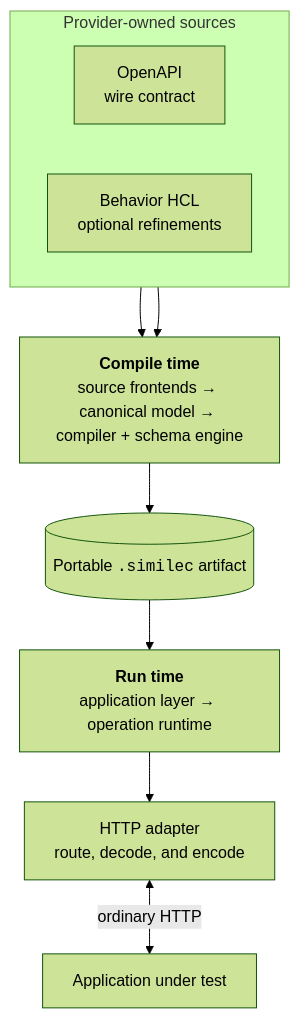
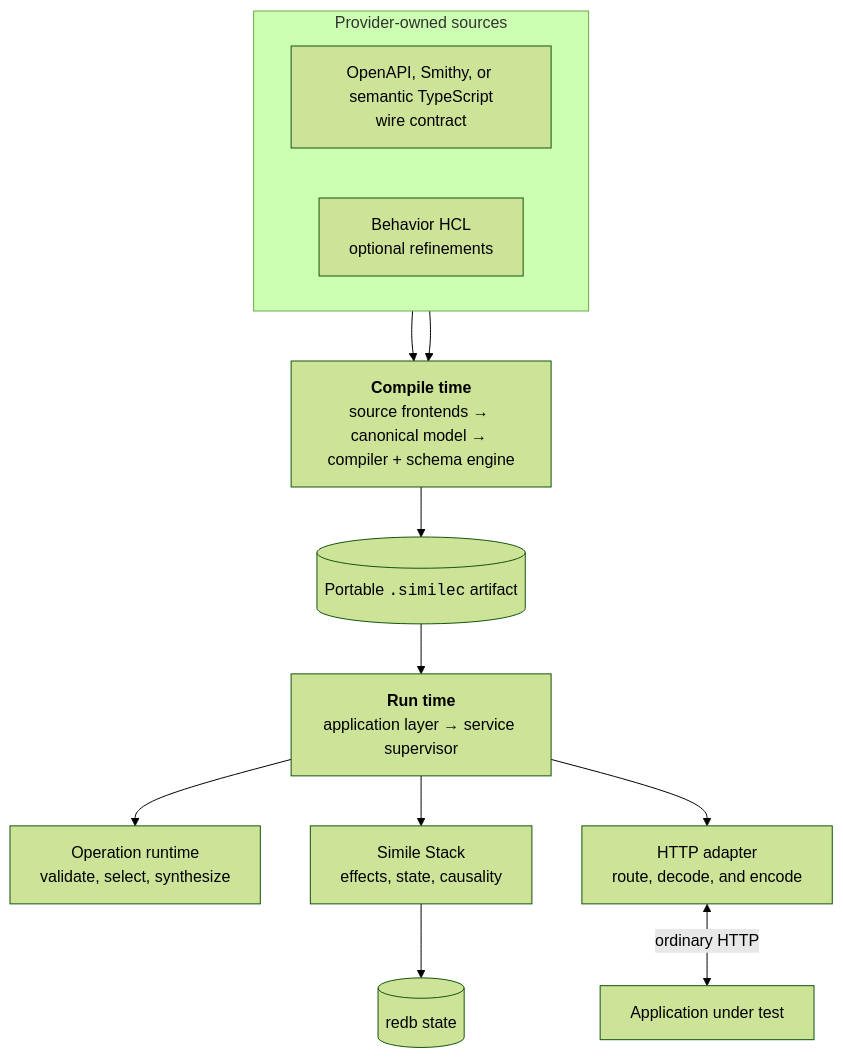
Before and after one commit to inttegro/simile: the first of 2 diagrams in docs/architecture.md, drawn with Mermaid (forest theme). The commit also changed other lines of this file and 26 other files, not shown here.

````diff
--- a/docs/architecture.md
+++ b/docs/architecture.md
@@ -10,19 +11,25 @@
 ```mermaid
 flowchart TB
   subgraph Sources["Provider-owned sources"]
     direction LR
-    OA["OpenAPI<br/>wire contract"]
+    Contract["OpenAPI, Smithy, or semantic TypeScript<br/>wire contract"]
     HCL["Behavior HCL<br/>optional refinements"]
   end
 
   Compile["<b>Compile time</b><br/>source frontends → canonical model → compiler + schema engine"]
   Artifact[("Portable <code>.similec</code> artifact")]
-  Run["<b>Run time</b><br/>application layer → operation runtime"]
+  Run["<b>Run time</b><br/>application layer → service supervisor"]
+  Runtime["Operation runtime<br/>validate, select, synthesize"]
+  Stack["Simile Stack<br/>effects, state, causality"]
+  State[("redb state")]
   HTTP["HTTP adapter<br/>route, decode, and encode"]
   Client["Application under test"]
 
-  OA --> Compile
+  Contract --> Compile
   HCL --> Compile
-  Compile --> Artifact --> Run --> HTTP
+  Compile --> Artifact --> Run
+  Run --> Runtime
+  Run --> Stack --> State
+  Run --> HTTP
   HTTP <-->|"ordinary HTTP"| Client
 ```
````
